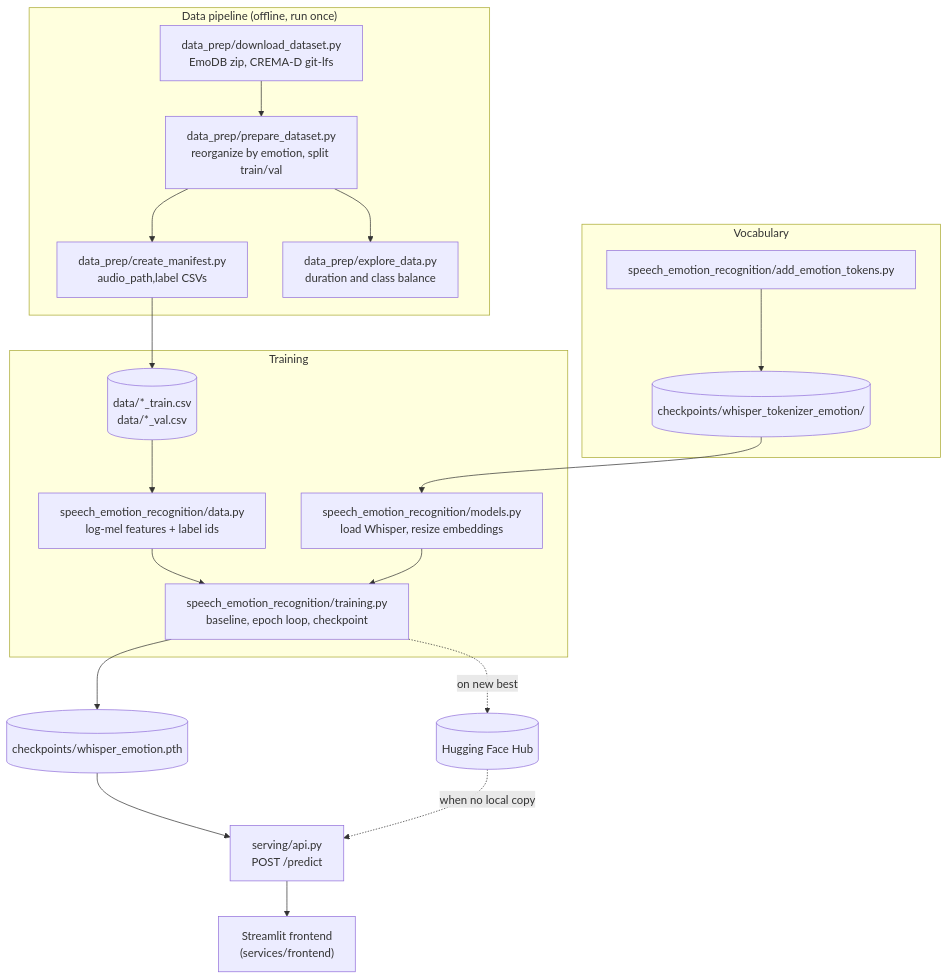
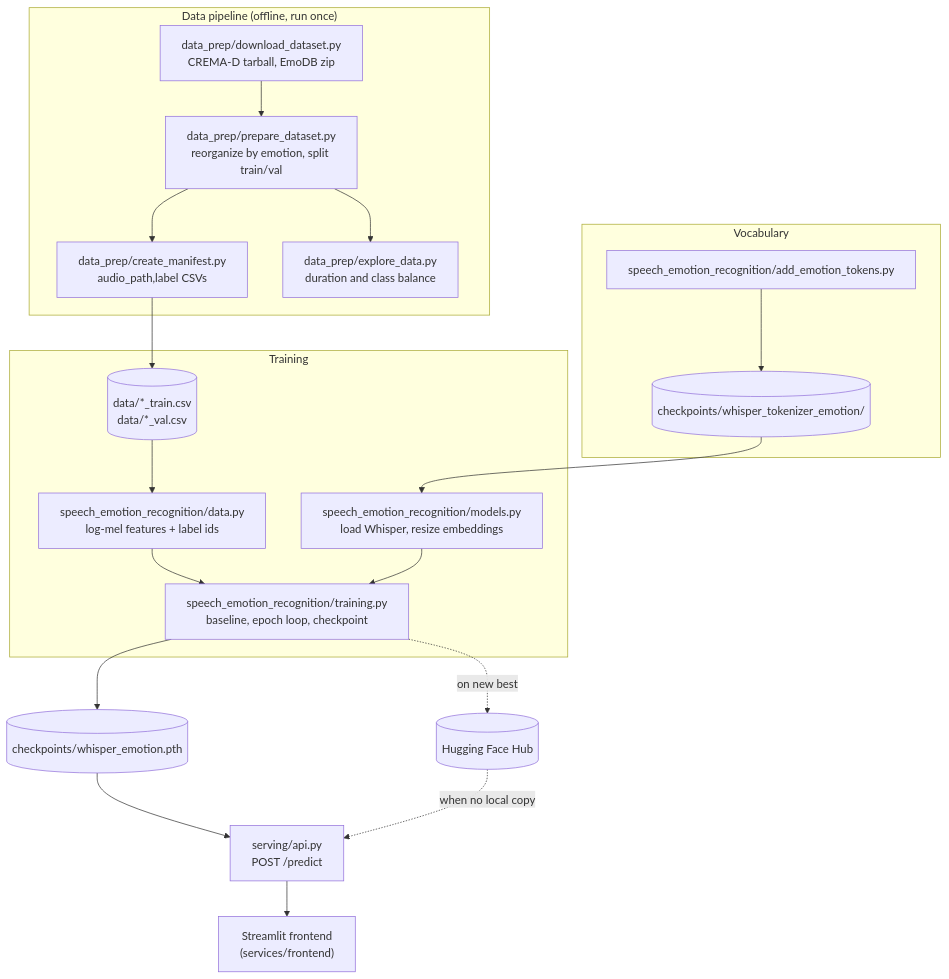
The first of 2 diagrams in services/speech-emotion-recognition/README.md (RoshBeed/ai-residency), drawn with Mermaid before and after one commit. The commit also changed other lines of this file and 2 other files, not shown here.

````diff
--- a/services/speech-emotion-recognition/README.md
+++ b/services/speech-emotion-recognition/README.md
@@ -59,32 +59,32 @@
 ```mermaid
 flowchart TD
     subgraph prep["Data pipeline (offline, run once)"]
-        dl["data_prep/download_dataset.py<br/>EmoDB zip, CREMA-D git-lfs"]
+        dl["data_prep/download_dataset.py<br/>CREMA-D tarball, EmoDB zip"]
         org["data_prep/prepare_dataset.py<br/>reorganize by emotion, split train/val"]
         man["data_prep/create_manifest.py<br/>audio_path,label CSVs"]
         eda["data_prep/explore_data.py<br/>duration and class balance"]
         dl --> org --> man
         org --> eda
     end
 
     subgraph vocab["Vocabulary"]
         tok["speech_emotion_recognition/add_emotion_tokens.py"]
         tok --> savedtok[("checkpoints/whisper_tokenizer_emotion/")]
     end
 
     man --> csvs[("data/*_train.csv<br/>data/*_val.csv")]
 
     subgraph train["Training"]
         data["speech_emotion_recognition/data.py<br/>log-mel features + label ids"]
         models["speech_emotion_recognition/models.py<br/>load Whisper, resize embeddings"]
         trainer["speech_emotion_recognition/training.py<br/>baseline, epoch loop, checkpoint"]
         csvs --> data --> trainer
         savedtok --> models --> trainer
     end
 
     trainer --> ckpt[("checkpoints/whisper_emotion.pth")]
     ckpt --> api["serving/api.py<br/>POST /predict"]
     hub[("Hugging Face Hub")] -.->|"when no local copy"| api
     trainer -.->|"on new best"| hub
     api --> ui["Streamlit frontend<br/>(services/frontend)"]
 ```
````
